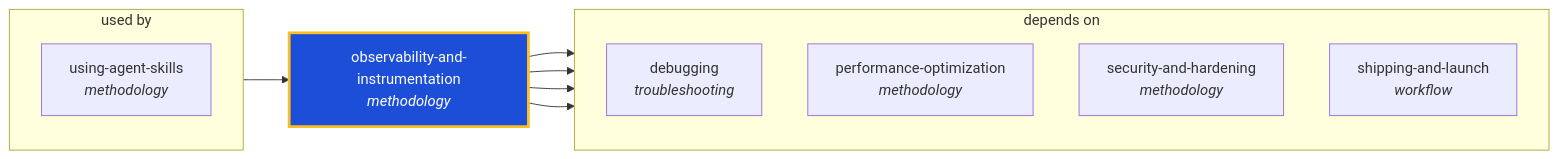
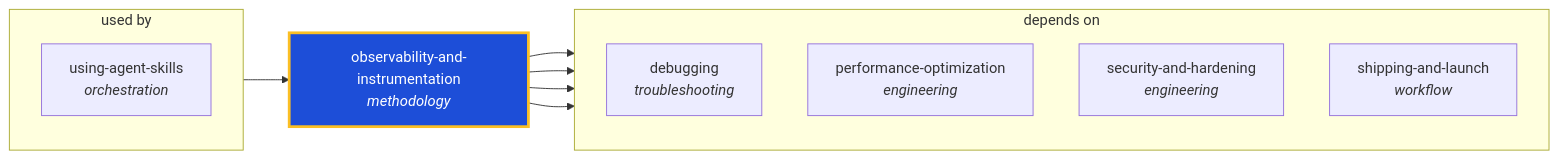
The diagram in docs/graphs/generated/observability-and-instrumentation.md (ThePlenkov/skills), drawn with Mermaid before and after one commit. The commit also changed 76 other files, not shown here.

````diff
--- a/docs/graphs/generated/observability-and-instrumentation.md
+++ b/docs/graphs/generated/observability-and-instrumentation.md
@@ -22,24 +22,24 @@
 ```mermaid
 graph LR
   observability_and_instrumentation["observability-and-instrumentation<br/><i>methodology</i>"]
   classDef center fill:#1d4ed8,stroke:#fbbf24,stroke-width:3px,color:#fff
   class observability_and_instrumentation center
 
   subgraph sg_used_by["used by"]
     direction TB
-    using_agent_skills["using-agent-skills<br/><i>methodology</i>"]
+    using_agent_skills["using-agent-skills<br/><i>orchestration</i>"]
   end
   using_agent_skills --> observability_and_instrumentation
 
   subgraph sg_depends_on["depends on"]
     direction TB
     debugging["debugging<br/><i>troubleshooting</i>"]
-    performance_optimization["performance-optimization<br/><i>methodology</i>"]
-    security_and_hardening["security-and-hardening<br/><i>methodology</i>"]
+    performance_optimization["performance-optimization<br/><i>engineering</i>"]
+    security_and_hardening["security-and-hardening<br/><i>engineering</i>"]
     shipping_and_launch["shipping-and-launch<br/><i>workflow</i>"]
   end
   observability_and_instrumentation --> debugging
   observability_and_instrumentation --> performance_optimization
   observability_and_instrumentation --> security_and_hardening
   observability_and_instrumentation --> shipping_and_launch
 ```
````
